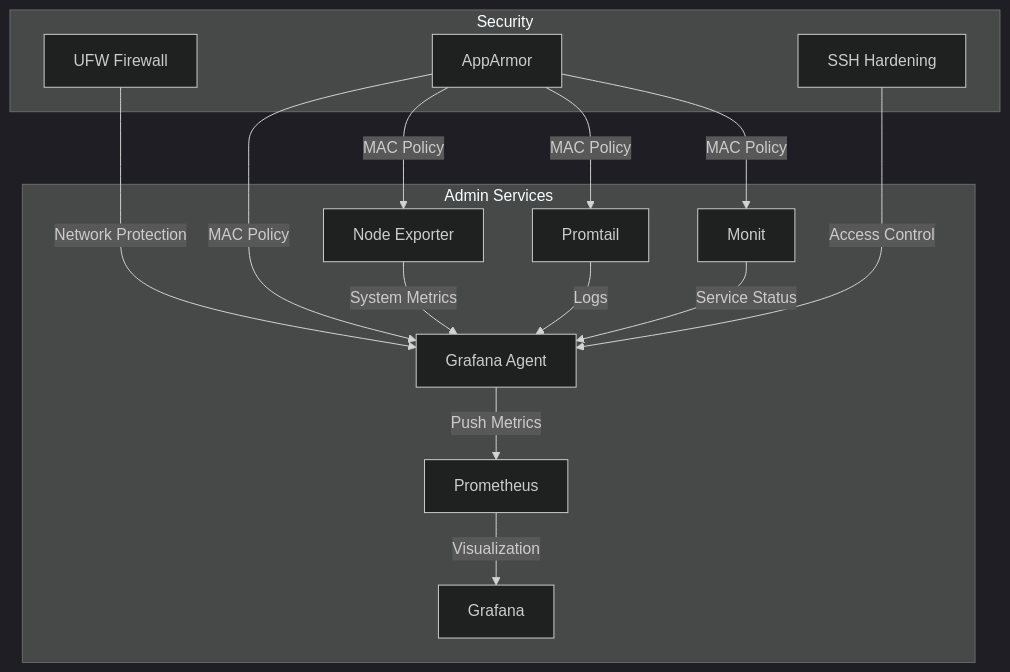
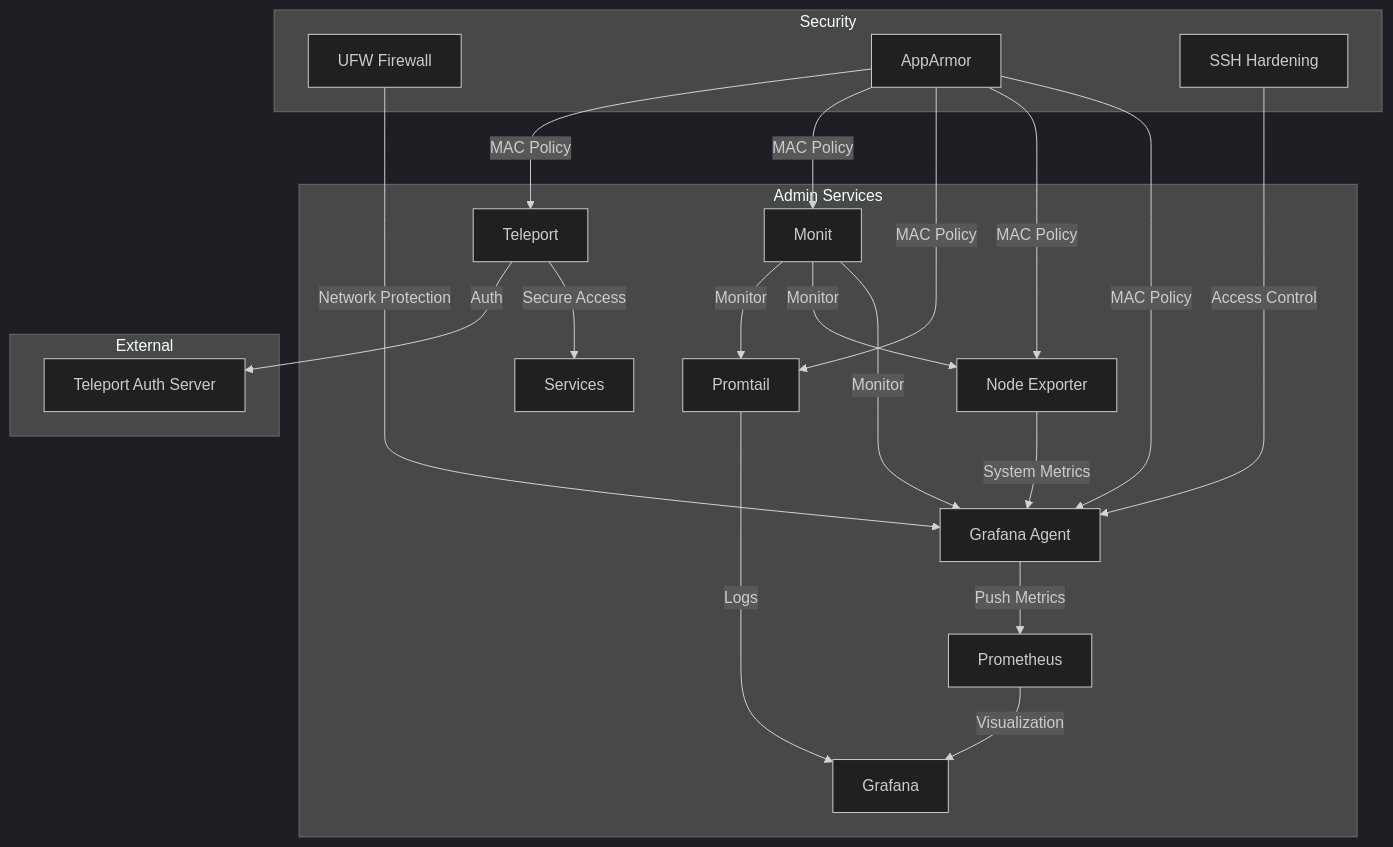
Before and after one commit to pampatzoglou/provision-validators: the first of 2 diagrams in roles/admin/README.md, drawn with Mermaid (dark theme). The commit also changed other lines of this file and 2 other files, not shown here.

Commit message:
update README files

````diff
--- a/roles/admin/README.md
+++ b/roles/admin/README.md
@@ -214,23 +214,32 @@
 ```mermaid
 graph TD
     subgraph Admin Services
         A[Grafana Agent] --> |Push Metrics| B[Prometheus]
         B --> |Visualization| C[Grafana]
         D[Node Exporter] --> |System Metrics| A
-        E[Promtail] --> |Logs| A
-        F[Monit] --> |Service Status| A
+        E[Promtail] --> |Logs| C[Grafana]
+        F[Monit] --> |Monitor| A
+        F --> |Monitor| D
+        F --> |Monitor| E
+        T[Teleport] --> |Secure Access| S[Services]
     end
 
     subgraph Security
         G[UFW Firewall]
         H[AppArmor]
         I[SSH Hardening]
     end
 
+    subgraph External
+        TA[Teleport Auth Server]
+    end
+
     G --> |Network Protection| A
     H --> |MAC Policy| A
     H --> |MAC Policy| D
     H --> |MAC Policy| E
     H --> |MAC Policy| F
+    H --> |MAC Policy| T
     I --> |Access Control| A
+    T --> |Auth| TA
 ```
````
